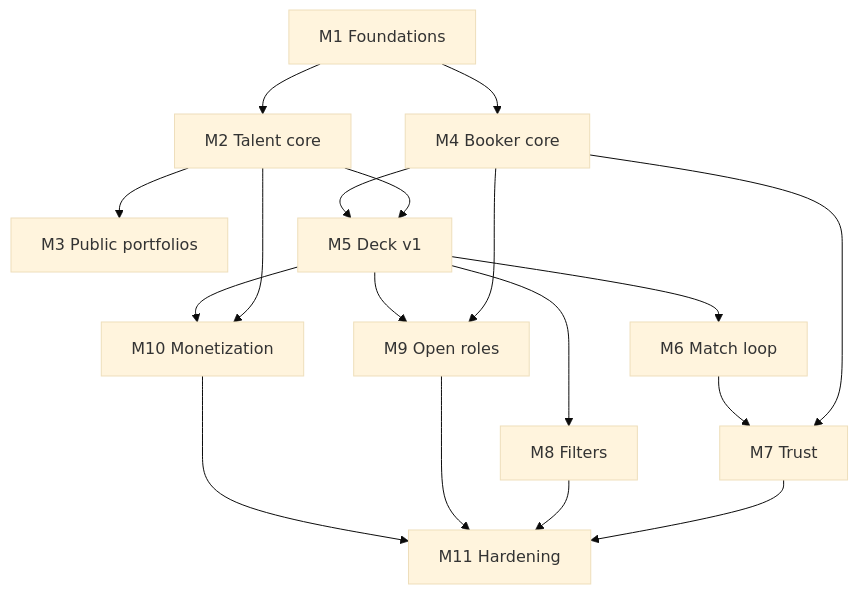
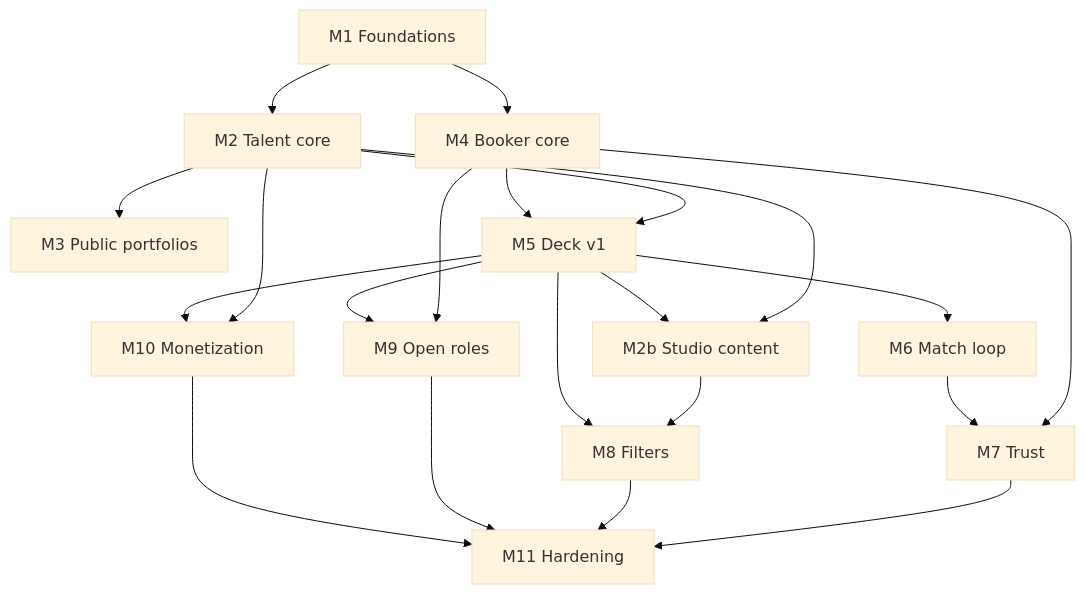
Before and after one commit to mysterymosi/castly: the diagram in docs/plans/README.md, drawn with Mermaid (base theme). The commit also changed other lines of this file and 61 other files, not shown here.

````diff
--- a/docs/plans/README.md
+++ b/docs/plans/README.md
@@ -31,20 +32,23 @@
 ```mermaid
 graph TD
   M1[M1 Foundations] --> M2[M2 Talent core]
   M1 --> M4[M4 Booker core]
   M2 --> M3[M3 Public portfolios]
   M2 --> M5[M5 Deck v1]
   M4 --> M5
   M5 --> M6[M6 Match loop]
   M4 --> M7[M7 Trust]
   M6 --> M7
-  M5 --> M8[M8 Filters]
+  M2 --> M2b[M2b Studio content]
+  M5 --> M2b
+  M2b --> M8[M8 Filters]
+  M5 --> M8
   M4 --> M9[M9 Open roles]
   M5 --> M9
   M2 --> M10[M10 Monetization]
   M5 --> M10
   M7 --> M11[M11 Hardening]
   M8 --> M11
   M9 --> M11
   M10 --> M11
 ```
````
